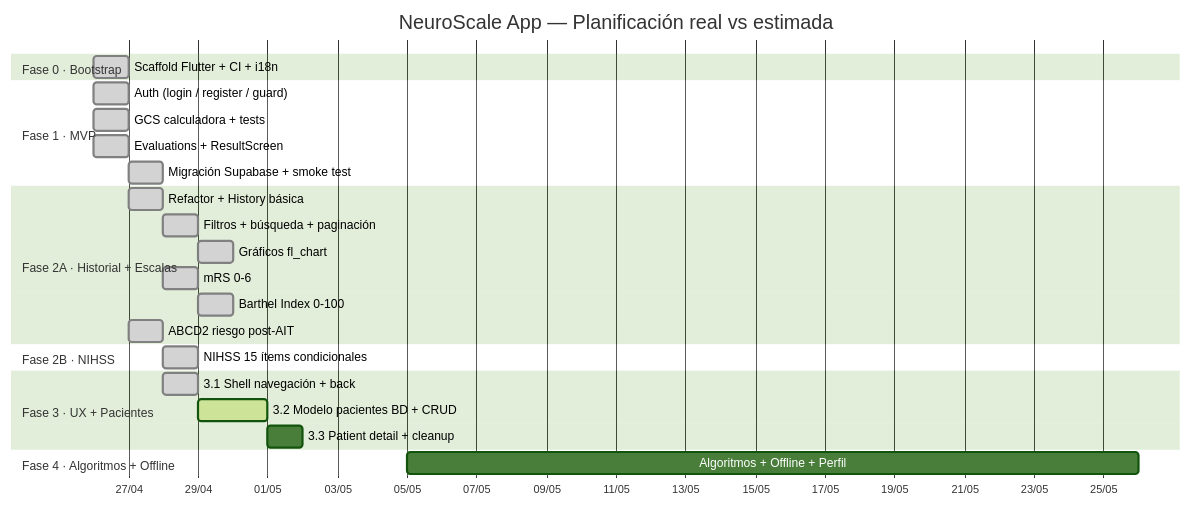
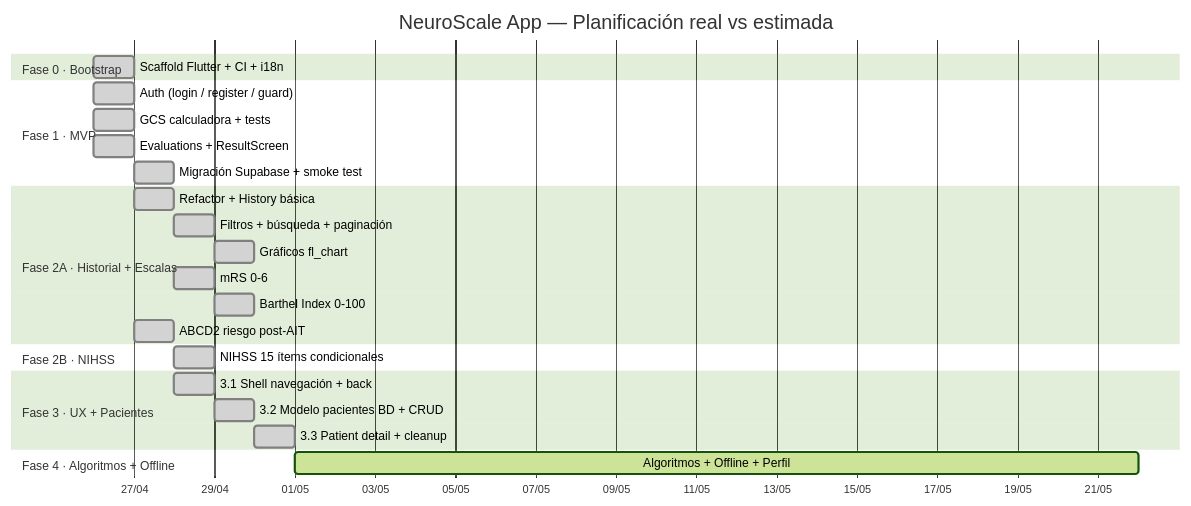
One commit to grisllo/NeuroScaleApp changed the diagram in README.md. Above: the diagram before and after it, drawn with Mermaid (forest theme). The commit also changed 2 other files, not shown here.

Commit message:
chore(phase): cierre Fase 3 — UX shell + Pacientes — docs y metricas
- flutter analyze 0 issues, flutter test 118 tests pasando
- ROADMAP: Fase 3 marcada Completada (2026-04-30); Fase 4 activa.
  Subfases 3.1/3.2/3.3 con commits y entregables documentados.
- METODOLOGIA 3.2: filas 3.1 (6ddfe80, 3.5h), 3.2 (c8e6845, 5.5h),
  3.3 (fb55092, 2.0h). Total Fase 3: 11h real / 10.5h estimado.
  Total acumulado Fases 0-3: 39h real / 50.5h estimado (-22.8%).
- METODOLOGIA 3.3: desviacion Fase 3 +0.5h (+4.8%). Causa: scope
  ampliado por Opus (skills, patient picker, ARB completo) compensado
  por fl_chart reutilizado casi identico de EvolutionTab.
- METODOLOGIA 4: issue #14 añadido a trazabilidad.
- README Gantt: 3.1/3.2/3.3 :done; Fase 4 :active desde 2026-05-01.
- Issue #14 ya cerrado automaticamente por Closes #14 en commit fb55092.

Closes #14

````diff
--- a/README.md
+++ b/README.md
@@ -13,34 +13,34 @@
 ```mermaid
 gantt
     title NeuroScale App — Planificación real vs estimada
     dateFormat  YYYY-MM-DD
     axisFormat  %d/%m
 
     section Fase 0 · Bootstrap
     Scaffold Flutter + CI + i18n       :done, f0,  2026-04-26, 1d
 
     section Fase 1 · MVP
     Auth (login / register / guard)    :done, f1a, 2026-04-26, 1d
     GCS calculadora + tests            :done, f1b, 2026-04-26, 1d
     Evaluations + ResultScreen         :done, f1c, 2026-04-26, 1d
     Migración Supabase + smoke test    :done, f1d, 2026-04-27, 1d
 
     section Fase 2A · Historial + Escalas
     Refactor + History básica          :done, f2a1, 2026-04-27, 1d
     Filtros + búsqueda + paginación    :done, f2a2, after f2a1, 1d
     Gráficos fl_chart                  :done, f2a3, after f2a2, 1d
     mRS 0-6                            :done, f2a4, after f2a1, 1d
     Barthel Index 0-100                :done, f2a5, after f2a4, 1d
     ABCD2 riesgo post-AIT              :done, f2a6, 2026-04-27, 1d
 
     section Fase 2B · NIHSS
     NIHSS 15 ítems condicionales       :done, f2b, 2026-04-28, 1d
 
     section Fase 3 · UX + Pacientes
     3.1 Shell navegación + back         :done, f3a, 2026-04-28, 1d
-    3.2 Modelo pacientes BD + CRUD      :active, f3b, 2026-04-29, 2d
-    3.3 Patient detail + cleanup        :f3c, after f3b, 1d
+    3.2 Modelo pacientes BD + CRUD      :done, f3b, 2026-04-29, 1d
+    3.3 Patient detail + cleanup        :done, f3c, 2026-04-30, 1d
 
     section Fase 4 · Algoritmos + Offline
-    Algoritmos + Offline + Perfil      :f4, 2026-05-05, 21d
+    Algoritmos + Offline + Perfil      :active, f4, 2026-05-01, 21d
 ```
````
